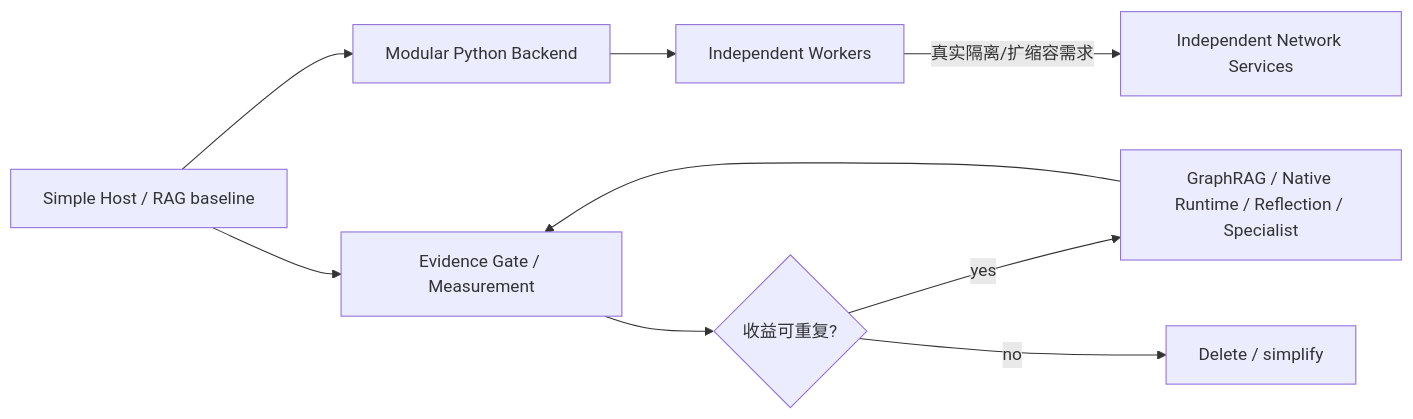
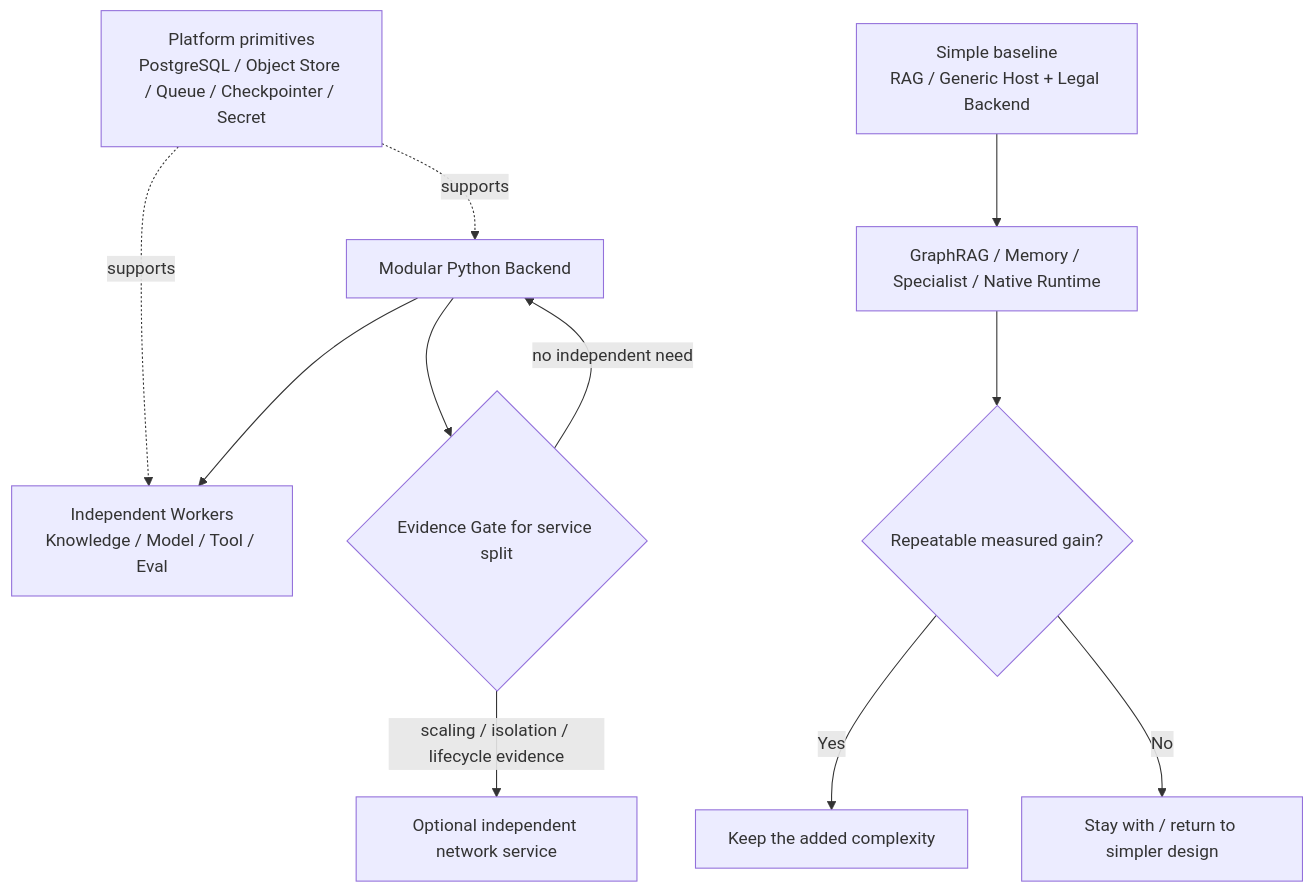
The sixth of 6 diagrams in docs/architecture/architecture-views.md (ProfessorZhi/Zuno), drawn with Mermaid before and after one commit. The commit also changed other lines of this file, not shown here.

Commit message:
docs: preserve architecture views while rebinding source

````diff
--- a/docs/architecture/architecture-views.md
+++ b/docs/architecture/architecture-views.md
@@ -139,19 +143,24 @@
 ```mermaid
-flowchart LR
-  PY[Modular Python Backend]
-  W[Independent Workers]
-  S[Independent Network Services]
-  BASE[Simple Host / RAG baseline]
-  EVID[Evidence Gate / Measurement]
-  KEEP{收益可重复?}
-  COMPLEX[GraphRAG / Native Runtime / Reflection / Specialist]
-  DELETE[Delete / simplify]
+flowchart TB
+  BACKEND[Modular Python Backend]
+  WORKERS[Independent Workers\nKnowledge / Model / Tool / Eval]
+  PLATFORM[Platform primitives\nPostgreSQL / Object Store / Queue / Checkpointer / Secret]
+  SPLIT{Evidence Gate for service split}
+  SERVICE[Optional independent network service]
+  SIMPLE[Simple baseline\nRAG / Generic Host + Legal Backend]
+  COMPLEX[GraphRAG / Memory / Specialist / Native Runtime]
+  EVAL{Repeatable measured gain?}
+  KEEP[Keep the added complexity]
+  REMOVE[Stay with / return to simpler design]
 
-  BASE --> PY
-  PY --> W
-  W -->|真实隔离/扩缩容需求| S
-  BASE --> EVID
-  COMPLEX --> EVID --> KEEP
-  KEEP -->|yes| COMPLEX
-  KEEP -->|no| DELETE
+  PLATFORM -. supports .-> BACKEND
+  PLATFORM -. supports .-> WORKERS
+  BACKEND --> WORKERS
+  BACKEND --> SPLIT
+  SPLIT -->|scaling / isolation / lifecycle evidence| SERVICE
+  SPLIT -->|no independent need| BACKEND
+
+  SIMPLE --> COMPLEX --> EVAL
+  EVAL -->|Yes| KEEP
+  EVAL -->|No| REMOVE
 ```
````
